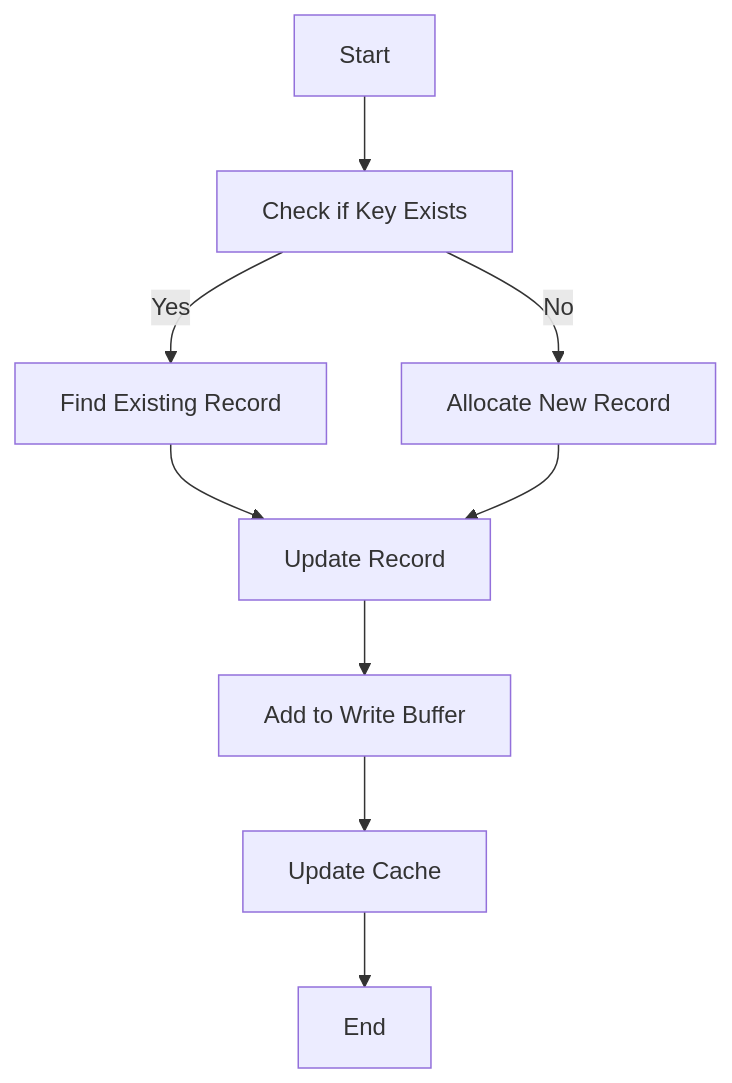
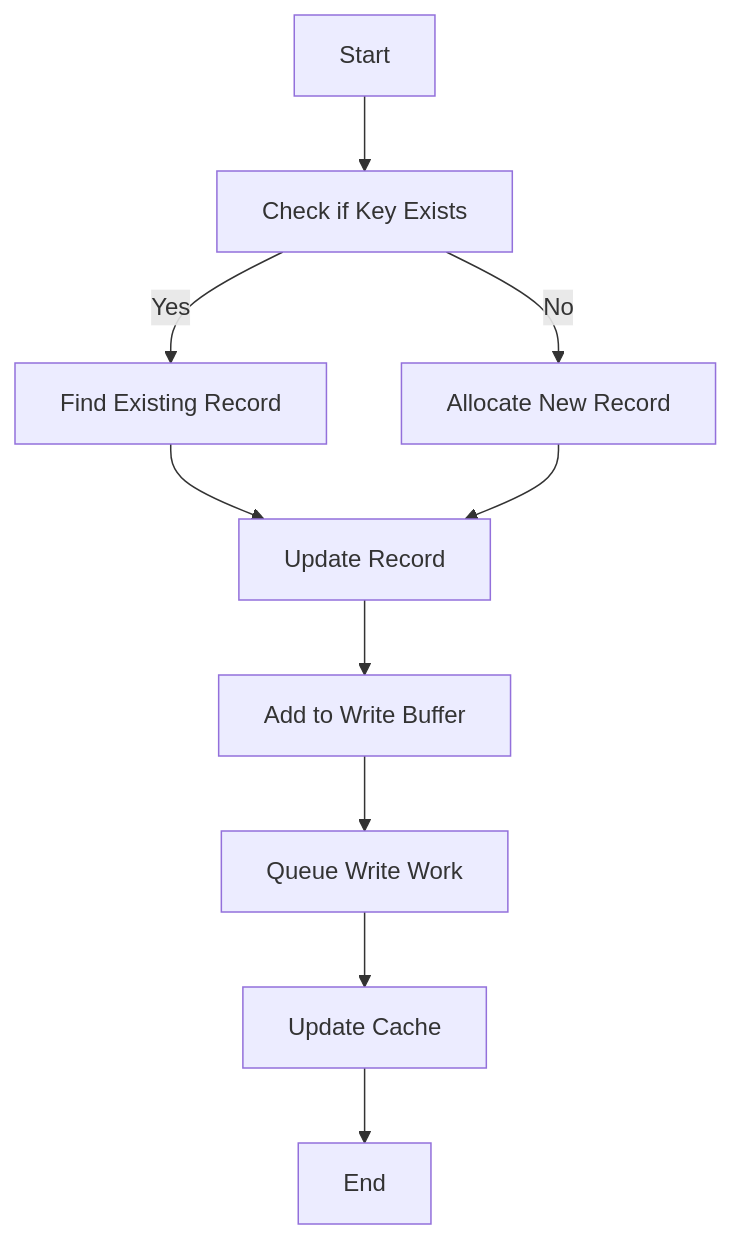
Before and after one commit to mehrantsi/high-performance-kv-store: the fifth of 10 diagrams in TechnicalDesign.md, drawn with Mermaid. The commit also changed other lines of this file, not shown here.

````diff
--- a/TechnicalDesign.md
+++ b/TechnicalDesign.md
@@ -465,11 +446,12 @@
 ```mermaid
 flowchart TD
     A[Start] --> B[Check if Key Exists]
     B -->|Yes| C[Find Existing Record]
     B -->|No| D[Allocate New Record]
     C --> E[Update Record]
     D --> E
     E --> F[Add to Write Buffer]
-    F --> G[Update Cache]
-    G --> H[End]
+    F --> G[Queue Write Work]
+    G --> H[Update Cache]
+    H --> I[End]
 ```
````
